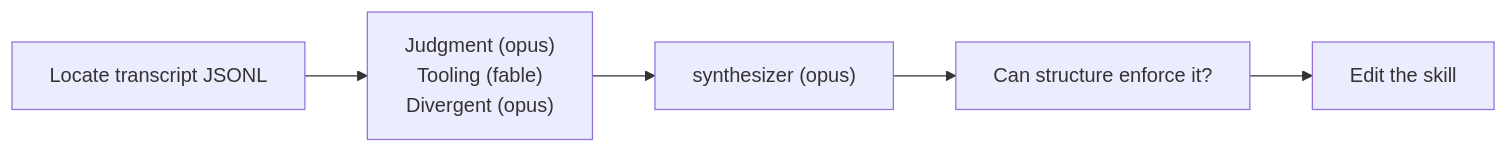
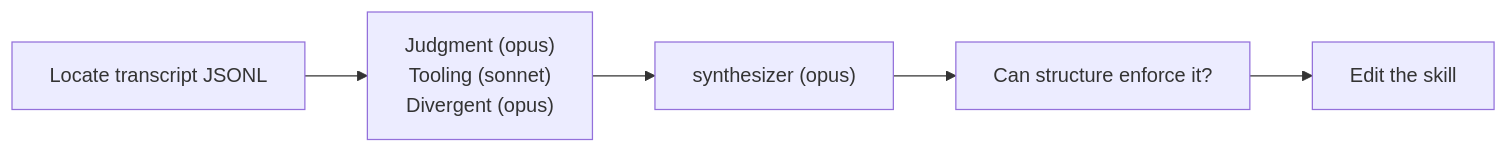
Before and after one commit to souljazzfunk/lab: the ninth of 12 diagrams in pstack-cc/docs/skill-map.en.md, drawn with Mermaid. The commit also changed other lines of this file and 49 other files, not shown here.

````diff
--- a/pstack-cc/docs/skill-map.en.md
+++ b/pstack-cc/docs/skill-map.en.md
@@ -175,7 +177,7 @@
 ```mermaid
 flowchart LR
-  A[Locate transcript JSONL] --> B["Judgment (opus)<br/>Tooling (fable)<br/>Divergent (opus)"]
+  A[Locate transcript JSONL] --> B["Judgment (opus)<br/>Tooling (sonnet)<br/>Divergent (opus)"]
   B --> C["synthesizer (opus)"]
   C --> D[Can structure enforce it?]
   D --> E[Edit the skill]
 ```
````
